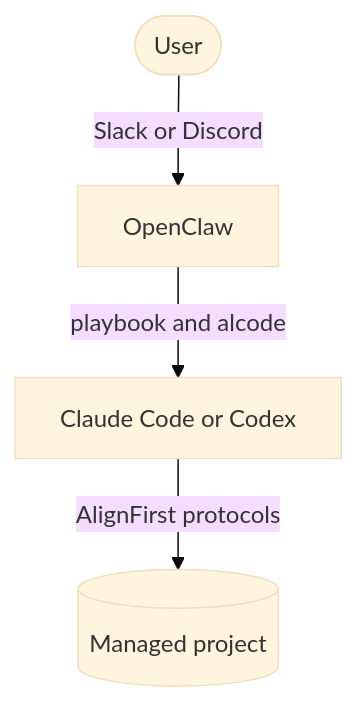
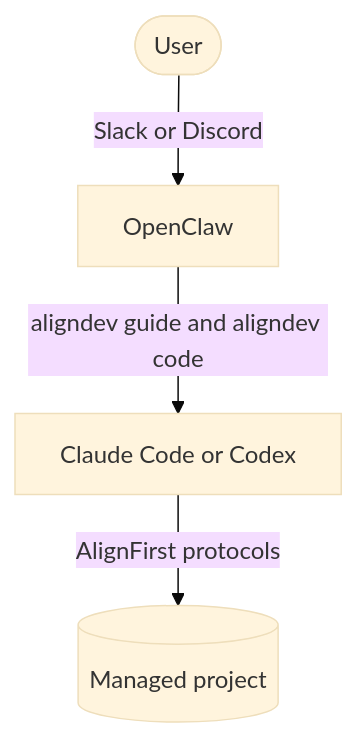
The diagram in alignfirst-dev-kit.md (paleo/alignfirst), drawn with Mermaid (base theme) before and after one commit. The commit also changed other lines of this file and 259 other files, not shown here.

````diff
--- a/alignfirst-dev-kit.md
+++ b/alignfirst-dev-kit.md
@@ -8,6 +8,6 @@
 ```mermaid
 flowchart TD
   U([User]) -->|Slack or Discord| O[OpenClaw]
-  O -->|playbook and alcode| CA[Claude Code or Codex]
+  O -->|aligndev guide and aligndev code| CA[Claude Code or Codex]
   CA -->|AlignFirst protocols| FS[(Managed project)]
 ```
````
